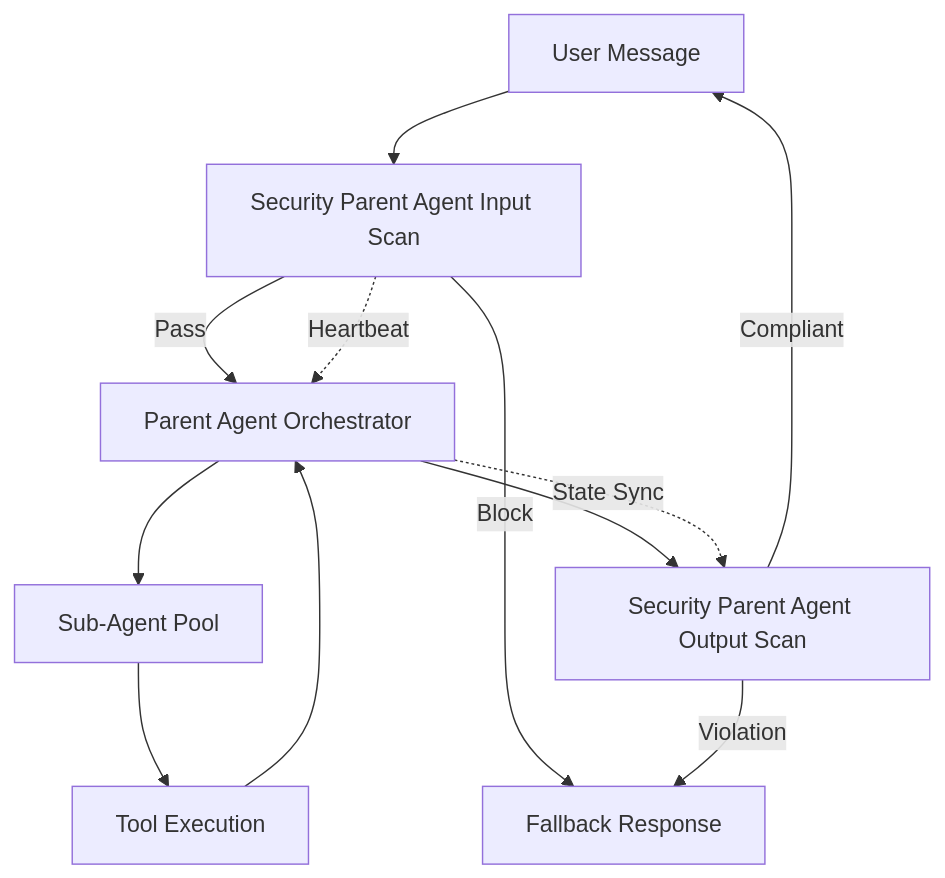
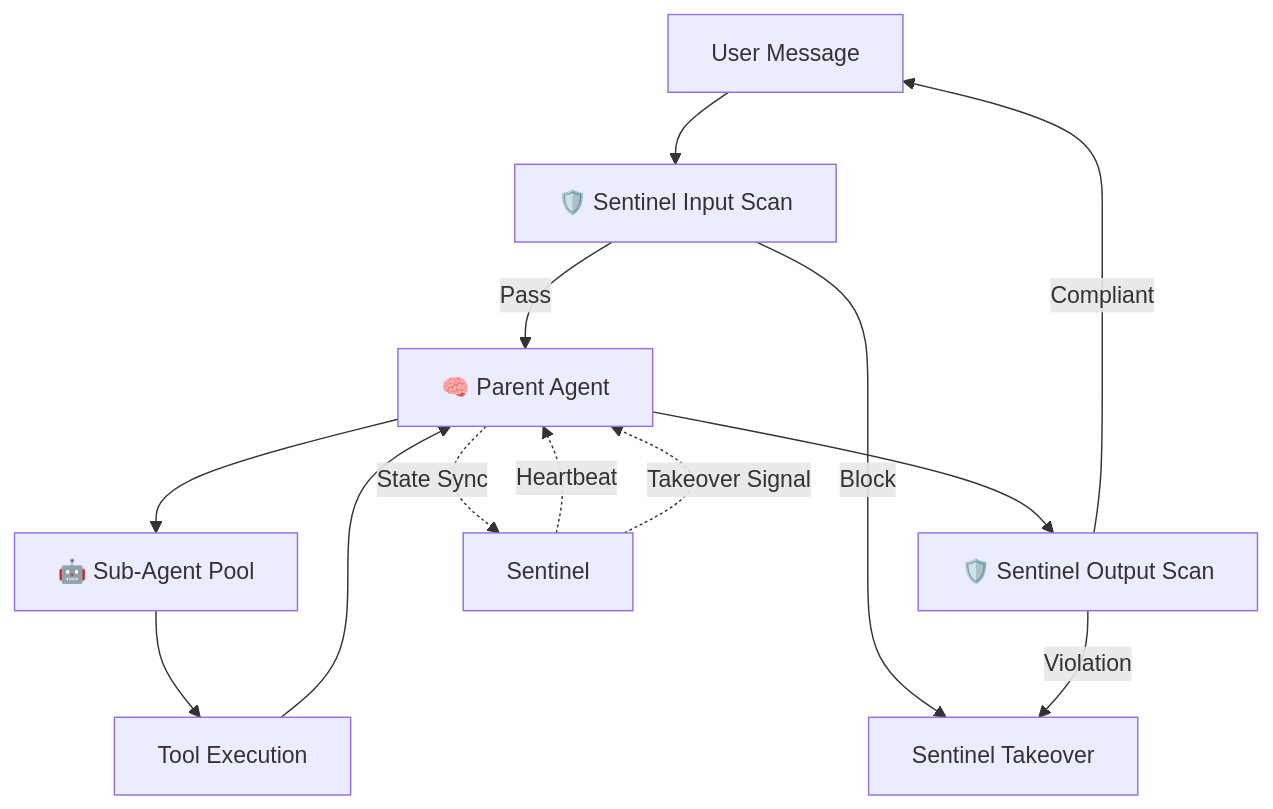
Before and after one commit to leobinjones-art/ColoBot: the diagram in README.md, drawn with Mermaid. The commit also changed other lines of this file, not shown here.

First line of the commit message:
docs: update README to reflect current architecture

````diff
--- a/README.md
+++ b/README.md
@@ -202,14 +165,15 @@
 ```mermaid
 graph TD
-    User[User Message] --> SentinelIn[Security Parent Agent Input Scan]
-    SentinelIn -->|Pass| Parent[Parent Agent Orchestrator]
-    SentinelIn -->|Block| Fallback[Fallback Response]
-    Parent --> SubPool[Sub-Agent Pool]
+    User[User Message] --> SentinelIn[🛡️ Sentinel Input Scan]
+    SentinelIn -->|Pass| Parent[🧠 Parent Agent]
+    SentinelIn -->|Block| Takeover[Sentinel Takeover]
+    Parent --> SubPool[🤖 Sub-Agent Pool]
     SubPool --> Tool[Tool Execution]
     Tool --> Parent
-    Parent --> SentinelOut[Security Parent Agent Output Scan]
+    Parent --> SentinelOut[🛡️ Sentinel Output Scan]
     SentinelOut -->|Compliant| User
-    SentinelOut -->|Violation| Fallback
-    SentinelIn -.->|Heartbeat| Parent
-    Parent -.->|State Sync| SentinelOut
+    SentinelOut -->|Violation| Takeover
+    Sentinel -.->|Heartbeat| Parent
+    Parent -.->|State Sync| Sentinel
+    Sentinel -.->|Takeover Signal| Parent
 ```
````
